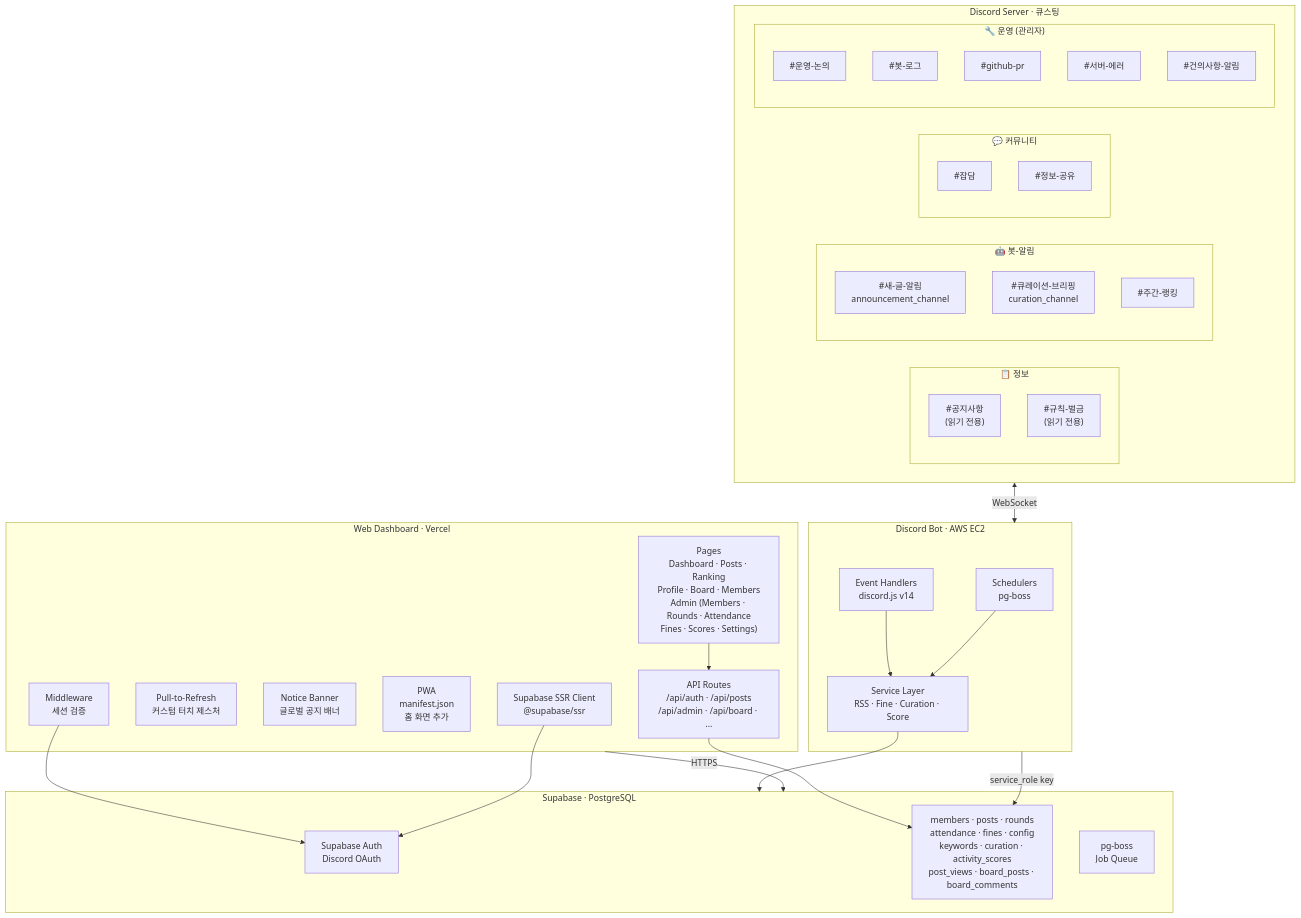
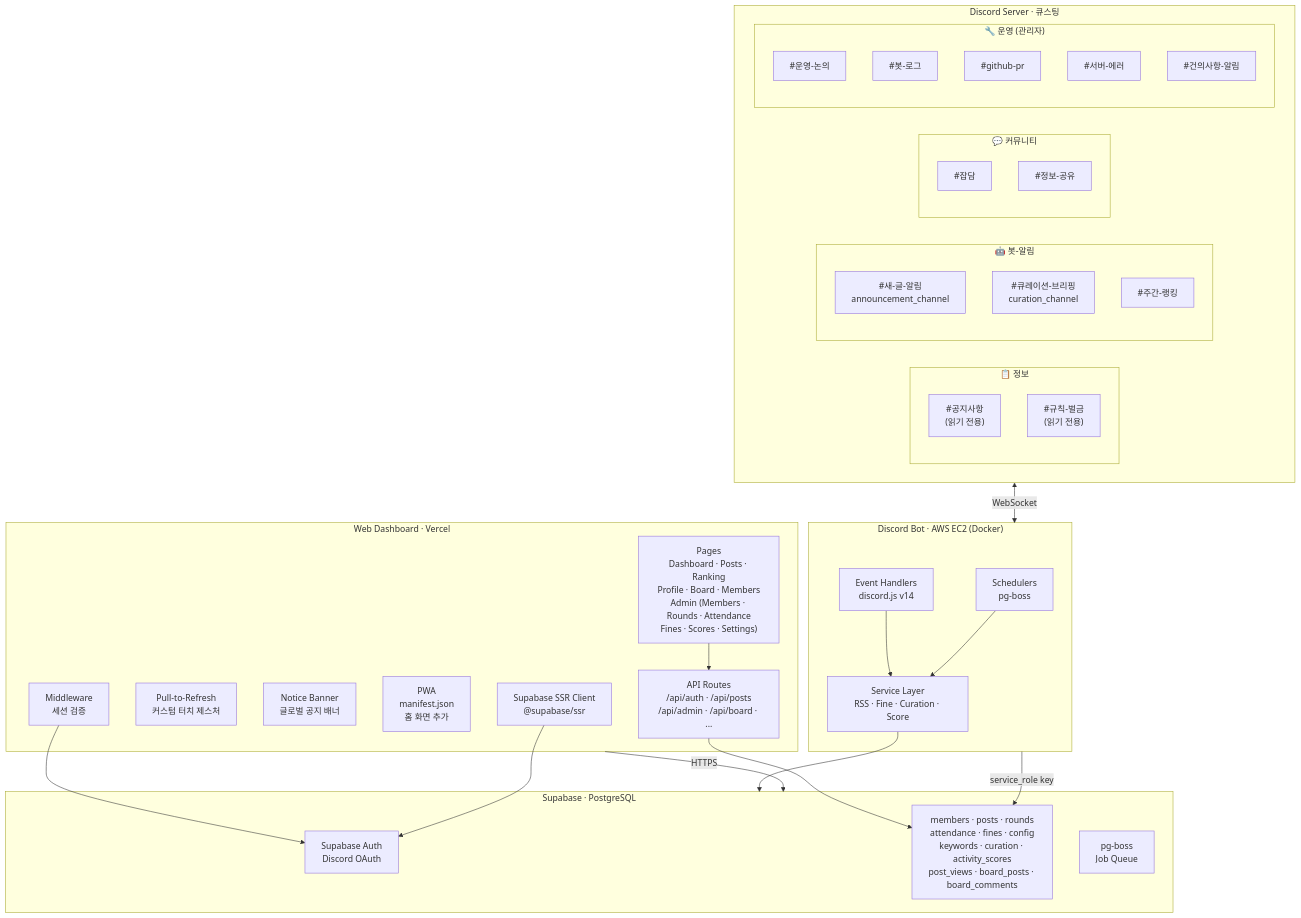
The first of 9 diagrams in docs/ARCHITECTURE.md (bbbang105/study-admin), drawn with Mermaid before and after one commit. The commit also changed other lines of this file and 6 other files, not shown here.

````diff
--- a/docs/ARCHITECTURE.md
+++ b/docs/ARCHITECTURE.md
@@ -9,59 +9,59 @@
 ```mermaid
 graph TB
     subgraph Discord["Discord Server · 큐스팅"]
         subgraph DCH_INFO["📋 정보"]
             CH_NOTICE["#공지사항<br/>(읽기 전용)"]
             CH_RULES["#규칙-벌금<br/>(읽기 전용)"]
         end
         subgraph DCH_BOT["🤖 봇-알림"]
             CH_RSS["#새-글-알림<br/>announcement_channel"]
             CH_CURA["#큐레이션-브리핑<br/>curation_channel"]
             CH_RANK["#주간-랭킹"]
         end
         subgraph DCH_COMM["💬 커뮤니티"]
             CH_CHAT["#잡담"]
             CH_SHARE["#정보-공유"]
         end
         subgraph DCH_OPS["🔧 운영 (관리자)"]
             CH_OPS["#운영-논의"]
             CH_LOG["#봇-로그"]
             CH_PR["#github-pr"]
             CH_ERR["#서버-에러"]
             CH_SUGGEST["#건의사항-알림"]
         end
     end
 
-    subgraph Bot["Discord Bot · AWS EC2"]
+    subgraph Bot["Discord Bot · AWS EC2 (Docker)"]
         SCH["Schedulers<br/>pg-boss"]
         EVT["Event Handlers<br/>discord.js v14"]
         SVC["Service Layer<br/>RSS · Fine · Curation · Score"]
     end
 
     subgraph DB["Supabase · PostgreSQL"]
         AUTH["Supabase Auth<br/>Discord OAuth"]
         TABLES["members · posts · rounds<br/>attendance · fines · config<br/>keywords · curation · activity_scores<br/>post_views · board_posts · board_comments"]
         PGBOSS["pg-boss<br/>Job Queue"]
     end
 
     subgraph Web["Web Dashboard · Vercel"]
         MW["Middleware<br/>세션 검증"]
         PAGES["Pages<br/>Dashboard · Posts · Ranking<br/>Profile · Board · Members<br/>Admin (Members · Rounds · Attendance<br/>Fines · Scores · Settings)"]
         PTR["Pull-to-Refresh<br/>커스텀 터치 제스처"]
         BANNER["Notice Banner<br/>글로벌 공지 배너"]
         PWA["PWA<br/>manifest.json<br/>홈 화면 추가"]
         API["API Routes<br/>/api/auth · /api/posts<br/>/api/admin · /api/board · ..."]
         SUPA_CLIENT["Supabase SSR Client<br/>@supabase/ssr"]
     end
 
     Discord <-->|WebSocket| Bot
     EVT --> SVC
     SCH --> SVC
     SVC --> DB
     Bot -->|service_role key| TABLES
 
     Web -->|HTTPS| DB
     MW --> AUTH
     SUPA_CLIENT --> AUTH
     API --> TABLES
     PAGES --> API
 ```
````
